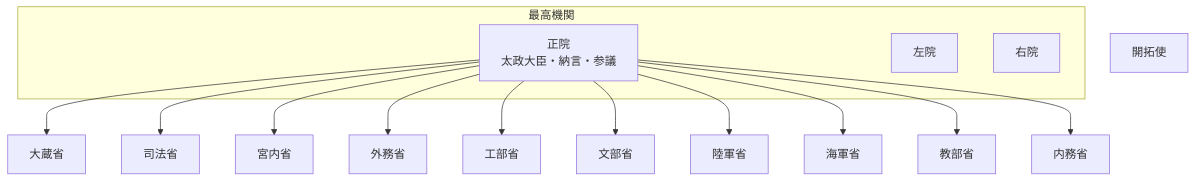
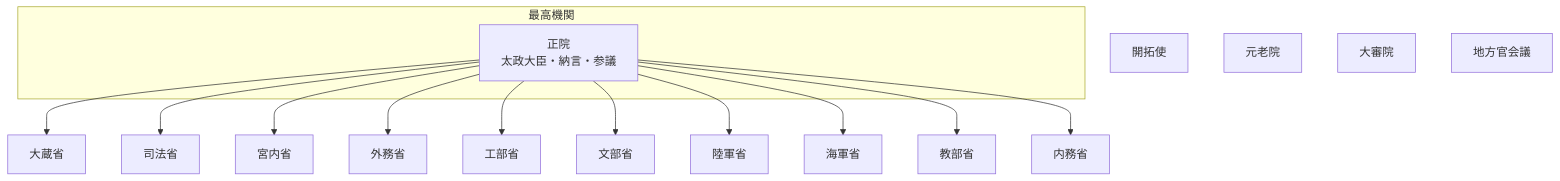
The diagram in README.md (tatemaru/jp-admin-org-chart), drawn with Mermaid before and after one commit. The commit also changed other lines of this file, not shown here.

Commit message:
feat(元老院・大審院): 立憲政体の詔により設置
根拠: 漸次立憲政体樹立の詔
施行: 1875-04-14
出典: JACAR transition2 / history1

種別: 再編
備考: Git日付制約のため AuthorDate/CommitDate は 1970-01-02

````diff
--- a/README.md
+++ b/README.md
@@ -9,30 +9,31 @@
 ```mermaid
 flowchart TB
   subgraph top["最高機関"]
     Sei["正院
 太政大臣・納言・参議"]
-    Sa["左院"]
-    U["右院"]
   end
   Okura["大蔵省"]
   Sei --> Okura
   Shiho["司法省"]
   Sei --> Shiho
   Kunai["宮内省"]
   Sei --> Kunai
   Gaimu["外務省"]
   Sei --> Gaimu
   Kobu["工部省"]
   Sei --> Kobu
   Mombu["文部省"]
   Sei --> Mombu
   Rikugun["陸軍省"]
   Sei --> Rikugun
   Kaigun["海軍省"]
   Sei --> Kaigun
   Kyobu["教部省"]
   Sei --> Kyobu
   Naimu["内務省"]
   Sei --> Naimu
   Kaitaku["開拓使"]
+  Genro["元老院"]
+  Daishin["大審院"]
+  Chiho["地方官会議"]
 ```
````
